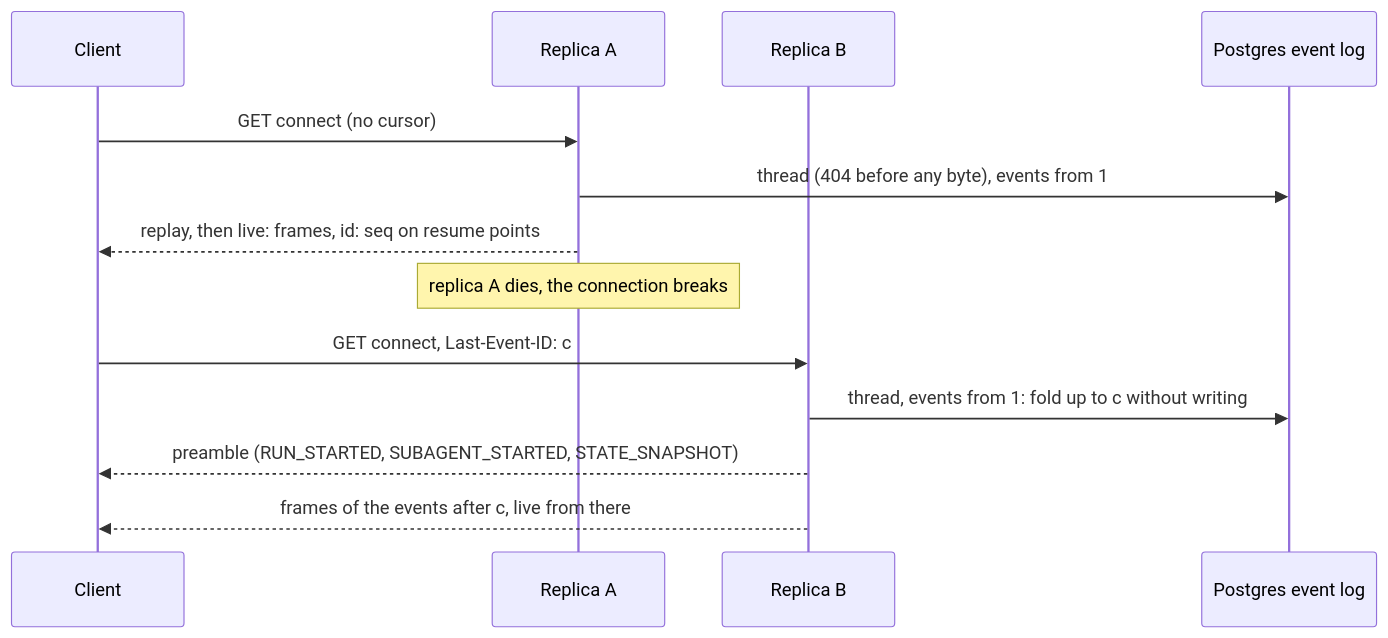
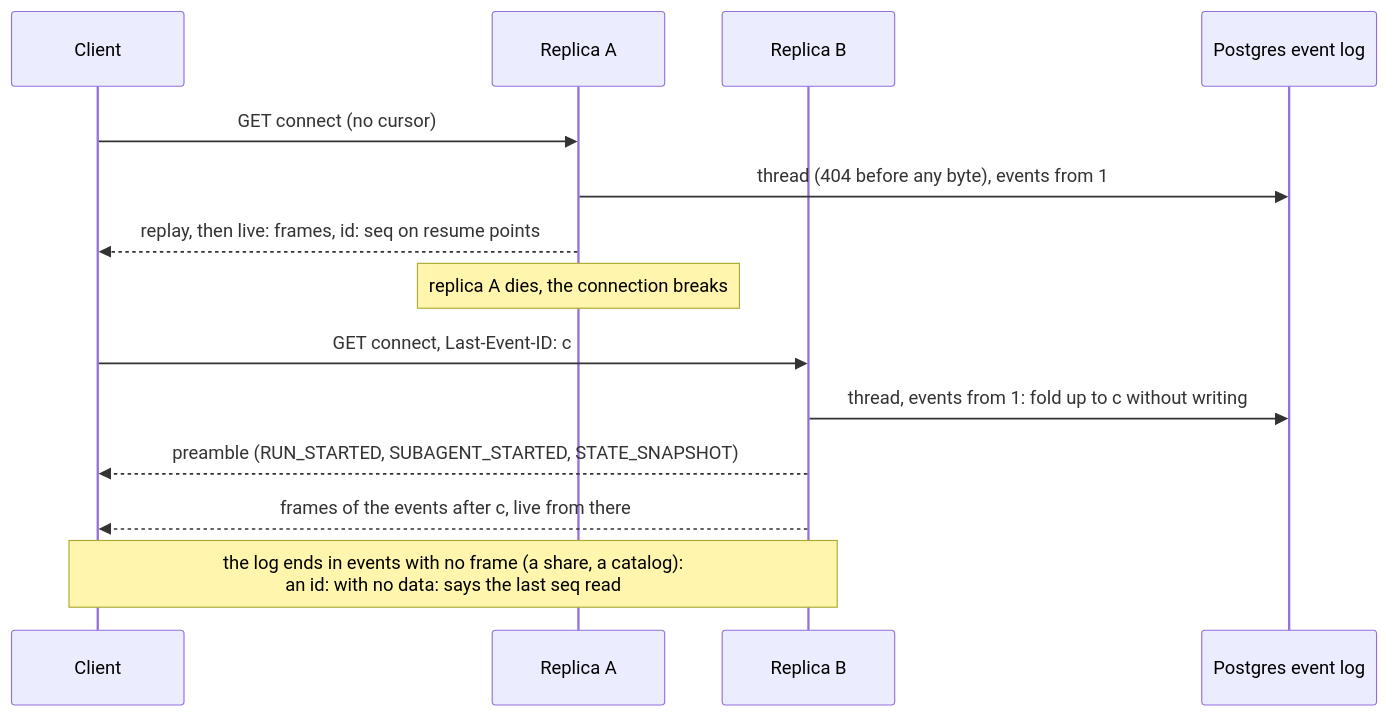
Before and after one commit to vymalo/another-agentic-system: diagram 17 of 20 in docs/api/agui.md, drawn with Mermaid. The commit also changed other lines of this file and 32 other files, not shown here.

First line of the commit message:
fix(agui): a shared reader gets the link's file route, the stream says where the log ends, and the agent's name (#249)

````diff
--- a/docs/api/agui.md
+++ b/docs/api/agui.md
@@ -1433,15 +1454,16 @@
 ```mermaid
 sequenceDiagram
   participant C as Client
   participant A as Replica A
   participant B as Replica B
   participant L as Postgres event log
   C->>A: GET connect (no cursor)
   A->>L: thread (404 before any byte), events from 1
   A-->>C: replay, then live: frames, id: seq on resume points
   Note over A: replica A dies, the connection breaks
   C->>B: GET connect, Last-Event-ID: c
   B->>L: thread, events from 1: fold up to c without writing
   B-->>C: preamble (RUN_STARTED, SUBAGENT_STARTED, STATE_SNAPSHOT)
   B-->>C: frames of the events after c, live from there
+  Note over B,C: the log ends in events with no frame (a share, a catalog):<br/>an id: with no data: says the last seq read
 ```
````
